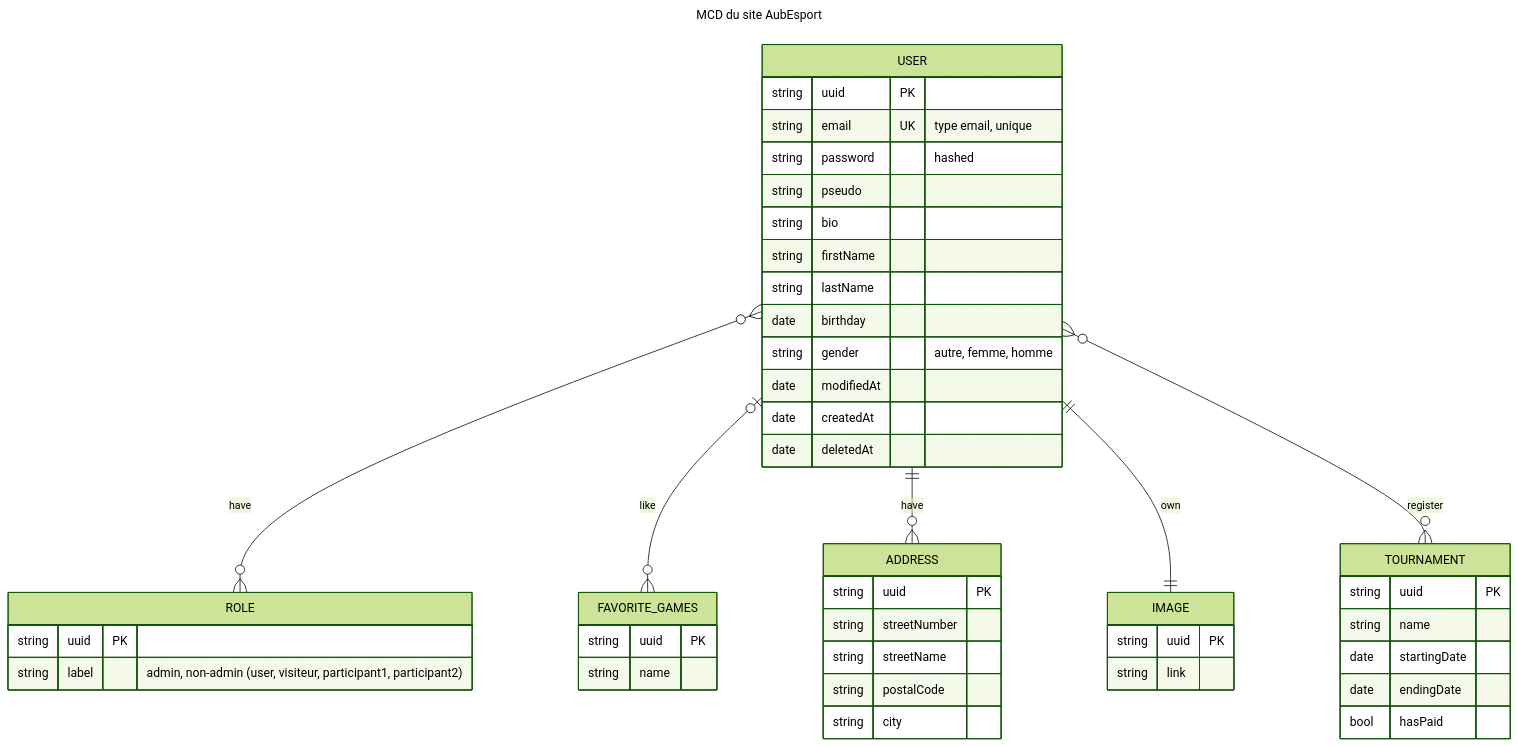
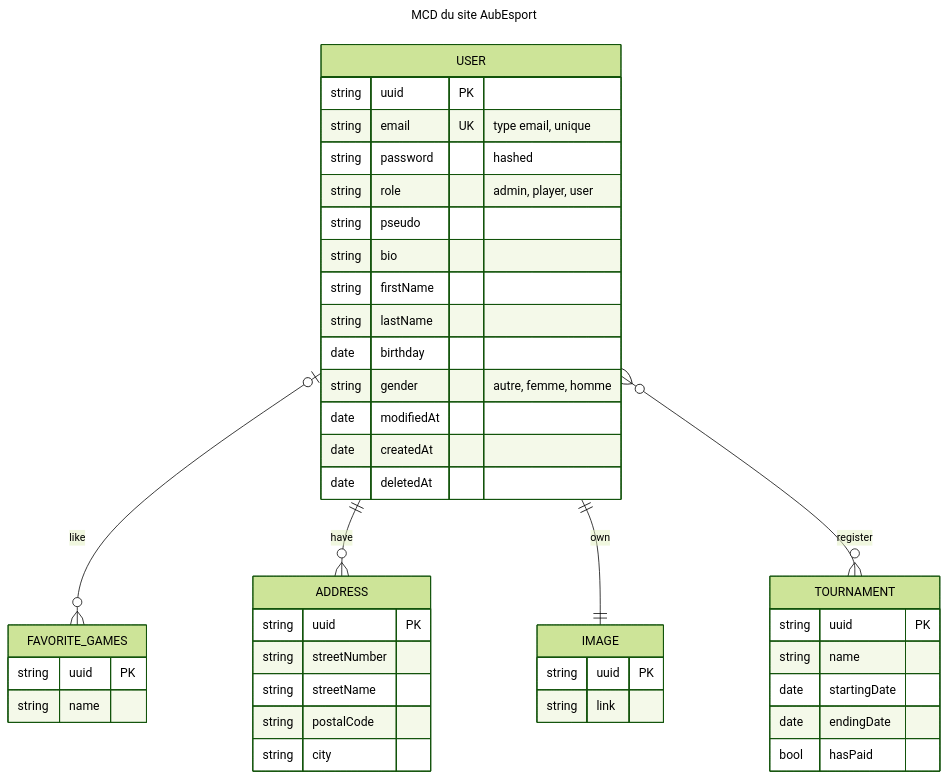
One commit to HueKhuc/Aubesport changed the diagram in MCD.md. Above: the diagram before and after it, drawn with Mermaid (forest theme). The commit also changed 12 other files, not shown here.

````diff
--- a/MCD.md
+++ b/MCD.md
@@ -1,60 +1,54 @@
 ```mermaid
 ---
 title: MCD du site AubEsport
 ---
 erDiagram
     USER {
         string uuid PK
         string email UK "type email, unique"
         string password "hashed"
+        string role "admin, player, user"
         string pseudo
         string bio
         string firstName
         string lastName
         date birthday
         string gender "autre, femme, homme"
         date modifiedAt
         date createdAt
         date deletedAt
     }
-
-    USER }o--o{ ROLE : have
-    ROLE {
-        string uuid PK
-        string label "admin, non-admin (user, visiteur, participant1, participant2)"
-    }
-
 
     USER |o--o{ FAVORITE_GAMES : like
     FAVORITE_GAMES {
         string uuid PK
         string name
     }
 
     USER ||--o{ ADDRESS : have
     
     ADDRESS {
         string uuid PK
         string streetNumber
         string streetName
         string postalCode
         string city
     }
 
     USER ||--|| IMAGE : own
     IMAGE {
         string uuid PK
         string link
     }
 
 
     USER }o--o{ TOURNAMENT : register
     TOURNAMENT {
         string uuid PK
         string name
         date startingDate
         date endingDate
         bool hasPaid   
     }
 
 ```
````
